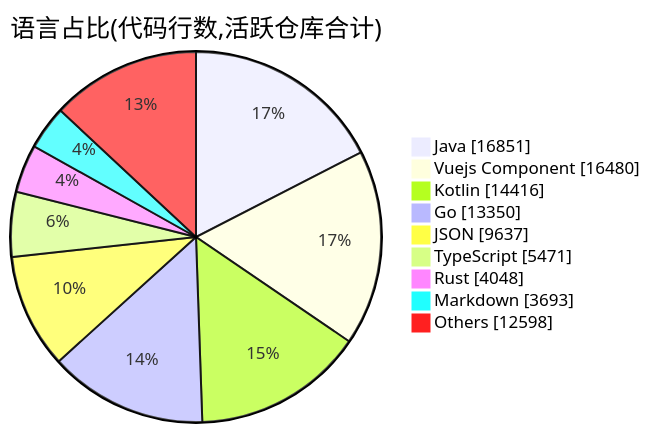
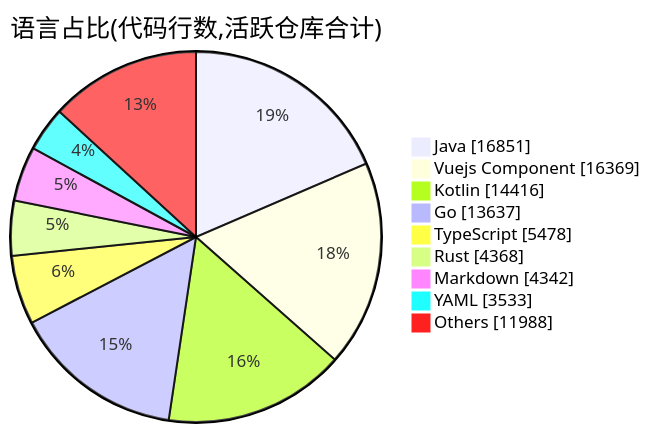
One commit to Conflux-Union/.github changed the second of 2 diagrams in profile/README.md. Above: the diagram before and after it, drawn with Mermaid. The commit also changed other lines of this file and 1 other file, not shown here.

````diff
--- a/profile/README.md
+++ b/profile/README.md
@@ -74,13 +74,13 @@
 ```mermaid
 pie showData
     title 语言占比(代码行数,活跃仓库合计)
     "Java" : 16851
-    "Vuejs Component" : 16480
+    "Vuejs Component" : 16369
     "Kotlin" : 14416
-    "Go" : 13350
-    "JSON" : 9637
-    "TypeScript" : 5471
-    "Rust" : 4048
-    "Markdown" : 3693
-    "Others" : 12598
+    "Go" : 13637
+    "TypeScript" : 5478
+    "Rust" : 4368
+    "Markdown" : 4342
+    "YAML" : 3533
+    "Others" : 11988
 ```
````
